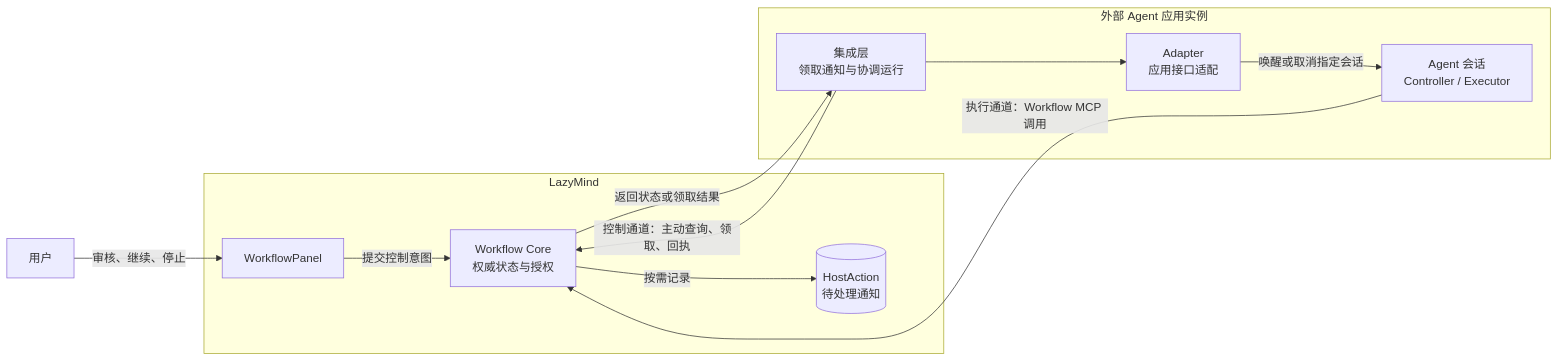
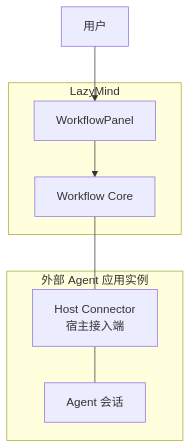
The first of 4 diagrams in docs/architecture/external-agent-workflow-protocol-draft.md (ADAM-CHENG666/LazyRAG), drawn with Mermaid before and after one commit. The commit also changed other lines of this file, not shown here.

Commit message:
docs(workflow): clarify external agent execution control protocol

````diff
--- a/docs/architecture/external-agent-workflow-protocol-draft.md
+++ b/docs/architecture/external-agent-workflow-protocol-draft.md
@@ -15,18 +15,16 @@
 ```mermaid
-flowchart LR
-    U[用户] -->|审核、继续、停止| P[WorkflowPanel]
+flowchart TB
+    U[用户] --> P
 
     subgraph LM[LazyMind]
-        P -->|提交控制意图| C[Workflow Core<br/>权威状态与授权]
-        C -->|按需记录| H[(HostAction<br/>待处理通知)]
+        P[WorkflowPanel] --> C[Workflow Core]
     end
 
     subgraph APP[外部 Agent 应用实例]
-        I[集成层<br/>领取通知与协调运行] --> D[Adapter<br/>应用接口适配]
-        D -->|唤醒或取消指定会话| A[Agent 会话<br/>Controller / Executor]
+        HC[Host Connector<br/>宿主接入端]
+        A[Agent 会话]
+        HC --- A
     end
 
-    A -->|执行通道：Workflow MCP 调用| C
-    I -->|控制通道：主动查询、领取、回执| C
-    C -->|返回状态或领取结果| I
+    C --- HC
 ```
````
